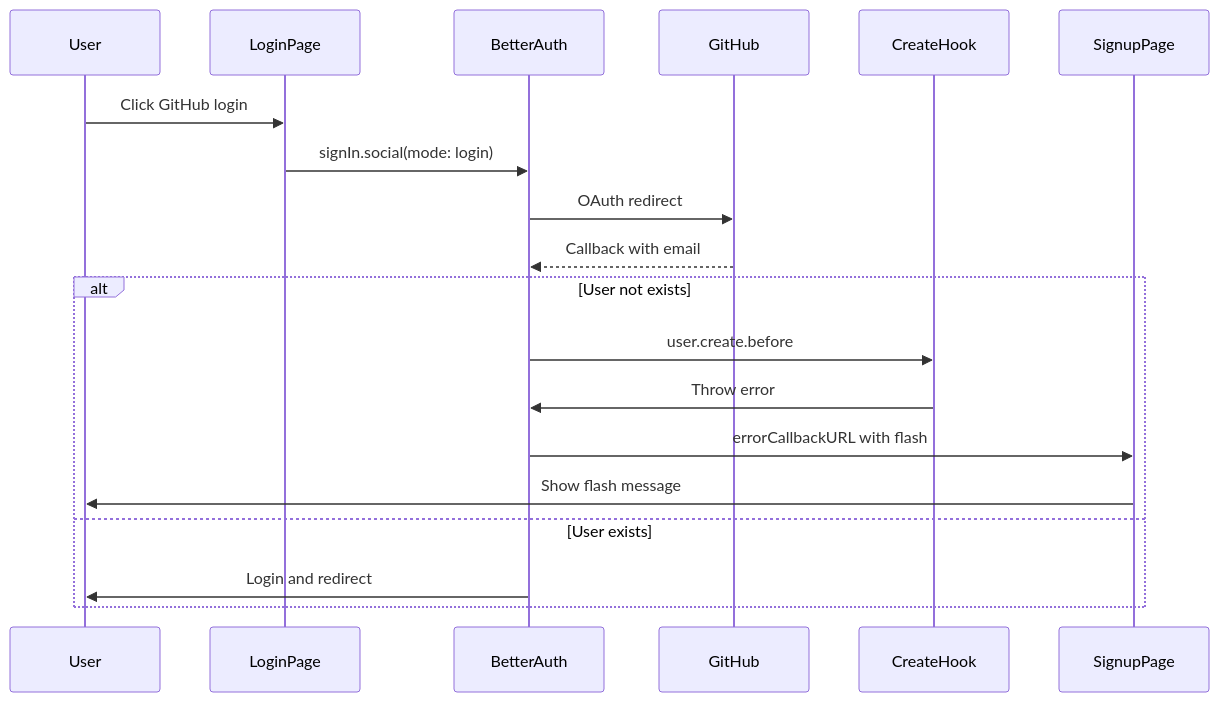
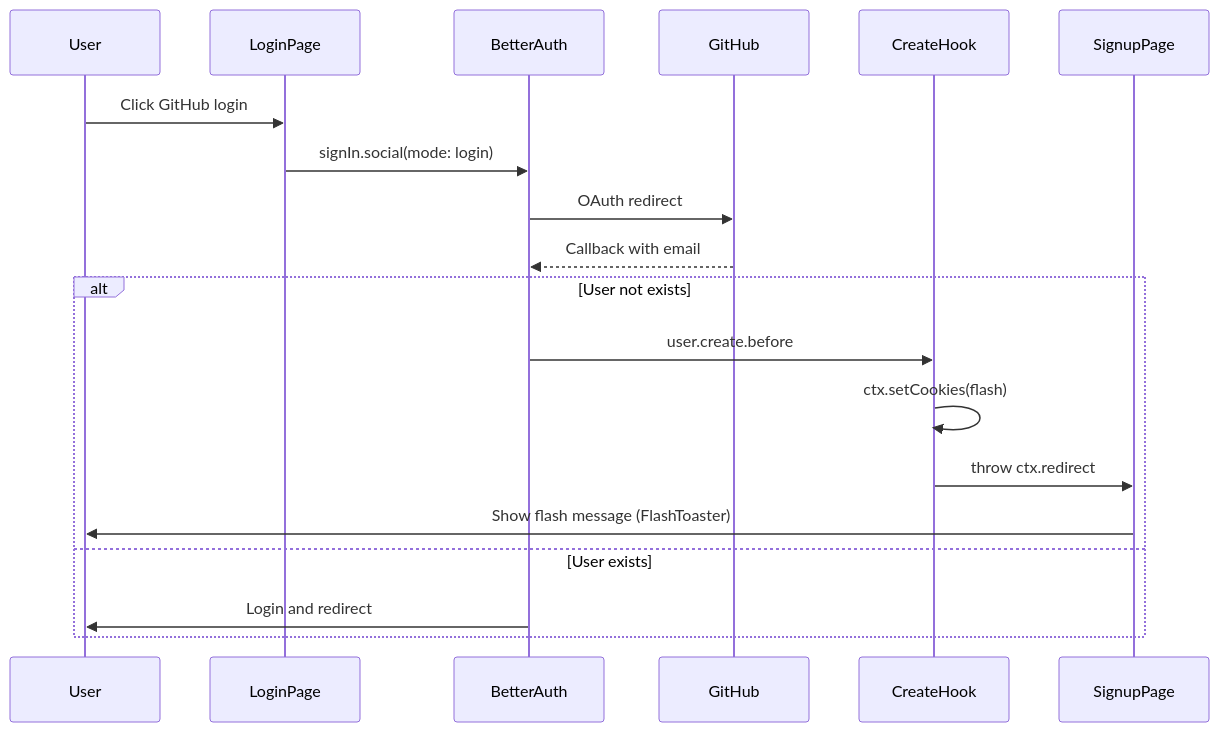
Before and after one commit to YasuakiOmokawa/taimei: the third of 4 diagrams in .kiro/specs/fix-auth-hook/design.md, drawn with Mermaid. The commit also changed other lines of this file and 1 other file, not shown here.

First line of the commit message:
docs(spec): fix-auth-hook 設計レビューに基づいて Auth Guard パターンに更新

````diff
--- a/.kiro/specs/fix-auth-hook/design.md
+++ b/.kiro/specs/fix-auth-hook/design.md
@@ -117,22 +106,22 @@
 ```mermaid
 sequenceDiagram
     participant User
     participant LoginPage
     participant BetterAuth
     participant GitHub
     participant CreateHook
     participant SignupPage
 
     User->>LoginPage: Click GitHub login
     LoginPage->>BetterAuth: signIn.social(mode: login)
     BetterAuth->>GitHub: OAuth redirect
     GitHub-->>BetterAuth: Callback with email
     alt User not exists
         BetterAuth->>CreateHook: user.create.before
-        CreateHook->>BetterAuth: Throw error
-        BetterAuth->>SignupPage: errorCallbackURL with flash
-        SignupPage->>User: Show flash message
+        CreateHook->>CreateHook: ctx.setCookies(flash)
+        CreateHook->>SignupPage: throw ctx.redirect
+        SignupPage->>User: Show flash message (FlashToaster)
     else User exists
         BetterAuth->>User: Login and redirect
     end
 ```
````
